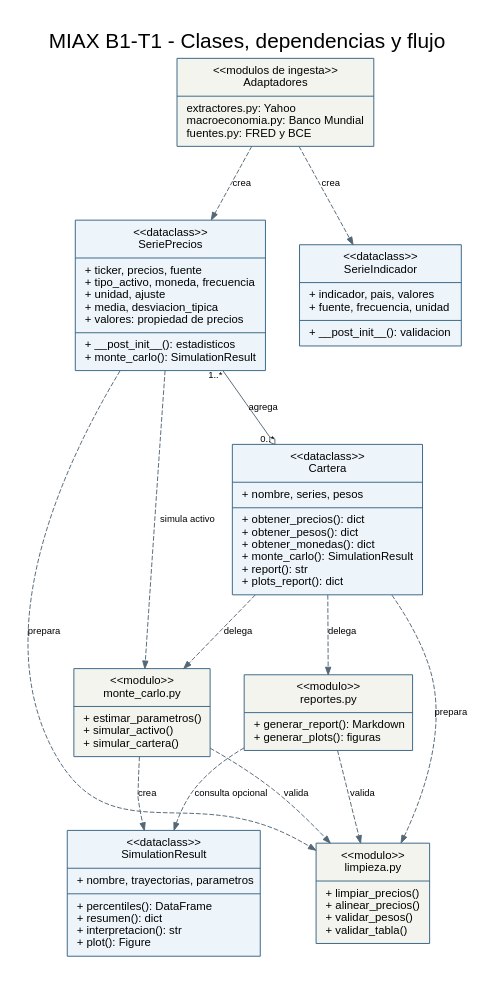
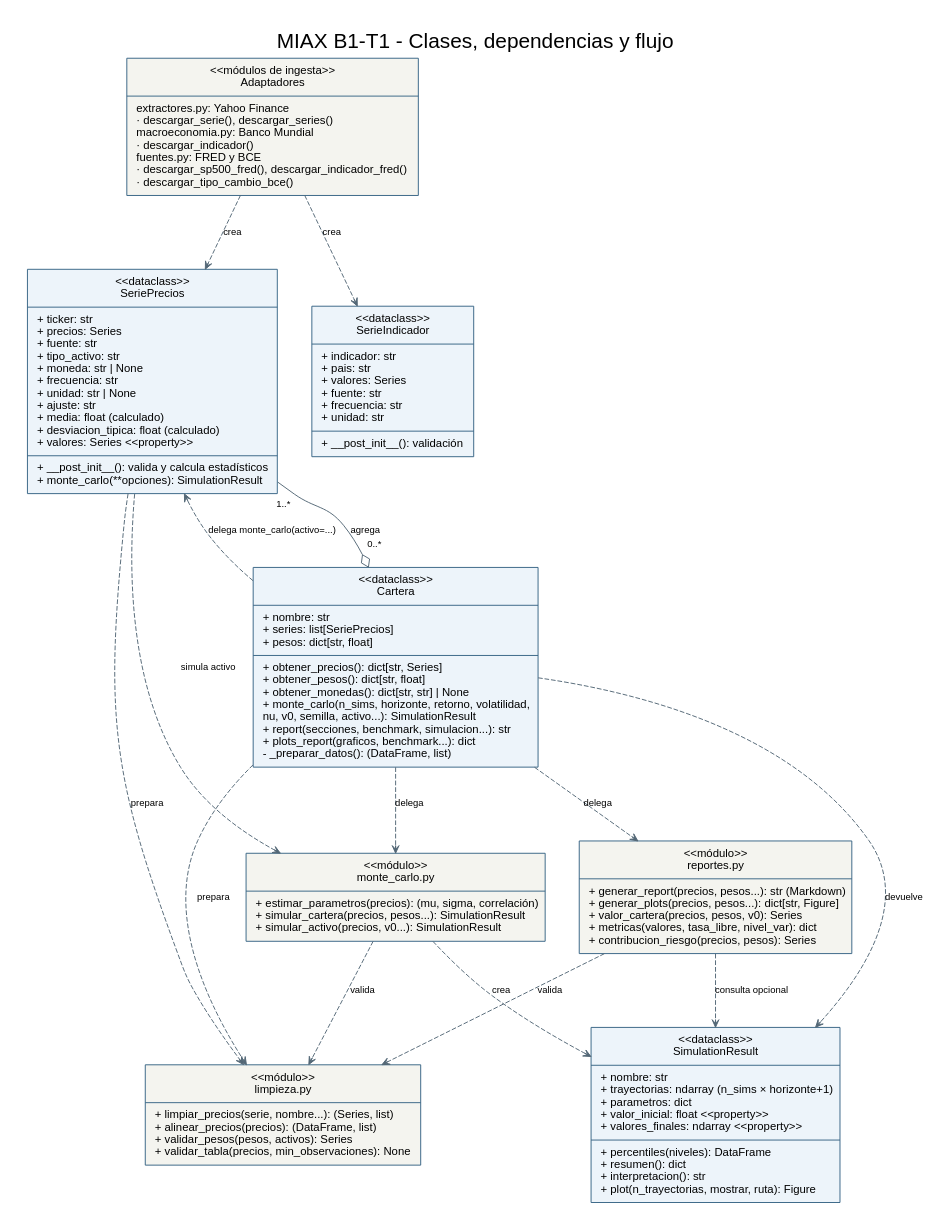
One commit to raaauulg/portfolio-risk-toolkit changed the diagram in docs/arquitectura.dot. Above: the diagram before and after it, drawn with Graphviz. The commit also changed 2 other files, not shown here.

Commit message:
Revisar la notación UML del diagrama de clases

```diff
--- a/docs/arquitectura.dot
+++ b/docs/arquitectura.dot
@@ -1,28 +1,38 @@
+// Diagrama UML de clases y dependencias del toolkit (apartado 4.6).
+// Notación: flecha discontinua con punta abierta = dependencia (usa, crea, delega);
+// línea continua con rombo vacío = agregación. «módulo» = fichero Python con
+// funciones, no una clase. Regenerar: dot -Tsvg docs/arquitectura.dot -o docs/arquitectura.svg
 digraph Toolkit {
   graph [rankdir=TB, bgcolor="white", pad=0.3, nodesep=0.5, ranksep=0.9,
          fontname="Arial", label="MIAX B1-T1 - Clases, dependencias y flujo", labelloc=t, fontsize=22];
   node [shape=record, fontname="Arial", fontsize=12, style=filled, fillcolor="#edf4fa", color="#376485", margin="0.14,0.10"];
-  edge [fontname="Arial", fontsize=10, color="#536776", arrowsize=0.8];
+  edge [fontname="Arial", fontsize=10, color="#536776", arrowsize=0.8, arrowhead=vee];
 
-  Adaptadores [label="{\<\<modulos de ingesta\>\>\nAdaptadores|extractores.py: Yahoo\lmacroeconomia.py: Banco Mundial\lfuentes.py: FRED y BCE\l}", fillcolor="#f4f4ef"];
-  SeriePrecios [label="{\<\<dataclass\>\>\nSeriePrecios|+ ticker, precios, fuente\l+ tipo_activo, moneda, frecuencia\l+ unidad, ajuste\l+ media, desviacion_tipica\l+ valores: propiedad de precios\l|+ __post_init__(): estadisticos\l+ monte_carlo(): SimulationResult\l}"];
-  SerieIndicador [label="{\<\<dataclass\>\>\nSerieIndicador|+ indicador, pais, valores\l+ fuente, frecuencia, unidad\l|+ __post_init__(): validacion\l}"];
-  Cartera [label="{\<\<dataclass\>\>\nCartera|+ nombre, series, pesos\l|+ obtener_precios(): dict\l+ obtener_pesos(): dict\l+ obtener_monedas(): dict\l+ monte_carlo(): SimulationResult\l+ report(): str\l+ plots_report(): dict\l}"];
-  Limpieza [label="{\<\<modulo\>\>\nlimpieza.py|+ limpiar_precios()\l+ alinear_precios()\l+ validar_pesos()\l+ validar_tabla()\l}", fillcolor="#f4f4ef"];
-  Motor [label="{\<\<modulo\>\>\nmonte_carlo.py|+ estimar_parametros()\l+ simular_activo()\l+ simular_cartera()\l}", fillcolor="#f4f4ef"];
-  SimulationResult [label="{\<\<dataclass\>\>\nSimulationResult|+ nombre, trayectorias, parametros\l|+ percentiles(): DataFrame\l+ resumen(): dict\l+ interpretacion(): str\l+ plot(): Figure\l}"];
-  Reportes [label="{\<\<modulo\>\>\nreportes.py|+ generar_report(): Markdown\l+ generar_plots(): figuras\l}", fillcolor="#f4f4ef"];
+  Adaptadores [label="{\<\<módulos de ingesta\>\>\nAdaptadores|extractores.py: Yahoo Finance\l   · descargar_serie(), descargar_series()\lmacroeconomia.py: Banco Mundial\l   · descargar_indicador()\lfuentes.py: FRED y BCE\l   · descargar_sp500_fred(), descargar_indicador_fred()\l   · descargar_tipo_cambio_bce()\l}", fillcolor="#f4f4ef"];
+  SeriePrecios [label="{\<\<dataclass\>\>\nSeriePrecios|+ ticker: str\l+ precios: Series\l+ fuente: str\l+ tipo_activo: str\l+ moneda: str \| None\l+ frecuencia: str\l+ unidad: str \| None\l+ ajuste: str\l+ media: float  (calculado)\l+ desviacion_tipica: float  (calculado)\l+ valores: Series  \<\<property\>\>\l|+ __post_init__(): valida y calcula estadísticos\l+ monte_carlo(**opciones): SimulationResult\l}"];
+  SerieIndicador [label="{\<\<dataclass\>\>\nSerieIndicador|+ indicador: str\l+ pais: str\l+ valores: Series\l+ fuente: str\l+ frecuencia: str\l+ unidad: str\l|+ __post_init__(): validación\l}"];
+  Cartera [label="{\<\<dataclass\>\>\nCartera|+ nombre: str\l+ series: list[SeriePrecios]\l+ pesos: dict[str, float]\l|+ obtener_precios(): dict[str, Series]\l+ obtener_pesos(): dict[str, float]\l+ obtener_monedas(): dict[str, str] \| None\l+ monte_carlo(n_sims, horizonte, retorno, volatilidad,\l      nu, v0, semilla, activo...): SimulationResult\l+ report(secciones, benchmark, simulacion...): str\l+ plots_report(graficos, benchmark...): dict\l- _preparar_datos(): (DataFrame, list)\l}"];
+  Limpieza [label="{\<\<módulo\>\>\nlimpieza.py|+ limpiar_precios(serie, nombre...): (Series, list)\l+ alinear_precios(precios): (DataFrame, list)\l+ validar_pesos(pesos, activos): Series\l+ validar_tabla(precios, min_observaciones): None\l}", fillcolor="#f4f4ef"];
+  Motor [label="{\<\<módulo\>\>\nmonte_carlo.py|+ estimar_parametros(precios): (mu, sigma, correlación)\l+ simular_cartera(precios, pesos...): SimulationResult\l+ simular_activo(precios, v0...): SimulationResult\l}", fillcolor="#f4f4ef"];
+  SimulationResult [label="{\<\<dataclass\>\>\nSimulationResult|+ nombre: str\l+ trayectorias: ndarray  (n_sims × horizonte+1)\l+ parametros: dict\l+ valor_inicial: float  \<\<property\>\>\l+ valores_finales: ndarray  \<\<property\>\>\l|+ percentiles(niveles): DataFrame\l+ resumen(): dict\l+ interpretacion(): str\l+ plot(n_trayectorias, mostrar, ruta): Figure\l}"];
+  Reportes [label="{\<\<módulo\>\>\nreportes.py|+ generar_report(precios, pesos...): str (Markdown)\l+ generar_plots(precios, pesos...): dict[str, Figure]\l+ valor_cartera(precios, pesos, v0): Series\l+ metricas(valores, tasa_libre, nivel_var): dict\l+ contribucion_riesgo(precios, pesos): Series\l}", fillcolor="#f4f4ef"];
 
   Adaptadores -> SeriePrecios [style=dashed, label="crea"];
   Adaptadores -> SerieIndicador [style=dashed, label="crea"];
-  SeriePrecios -> Cartera [dir=both, arrowtail=none, arrowhead=odiamond, taillabel="1..*", headlabel="0..*", label="agrega"];
+  // Agregación: rombo vacío en el todo (Cartera). Una cartera tiene 1..* series;
+  // una serie puede estar en 0..* carteras.
+  SeriePrecios -> Cartera [dir=both, arrowtail=none, arrowhead=odiamond, arrowsize=1.2,
+                           taillabel="1..*", headlabel="0..*", labeldistance=2.5, labelangle=-40,
+                           label="agrega"];
+  Cartera -> SeriePrecios [style=dashed, label="delega monte_carlo(activo=...)", constraint=false];
   Cartera -> Limpieza [style=dashed, label="prepara"];
   Cartera -> Motor [style=dashed, label="delega"];
   Cartera -> Reportes [style=dashed, label="delega"];
+  Cartera -> SimulationResult [style=dashed, label="devuelve"];
   SeriePrecios -> Motor [style=dashed, label="simula activo"];
-  SeriePrecios -> Limpieza [style=dashed, label="prepara", constraint=false];
+  SeriePrecios -> Limpieza [style=dashed, label="prepara"];
   Motor -> Limpieza [style=dashed, label="valida"];
   Reportes -> Limpieza [style=dashed, label="valida"];
   Motor -> SimulationResult [style=dashed, label="crea"];
   Reportes -> SimulationResult [style=dashed, label="consulta opcional"];
 }
```
